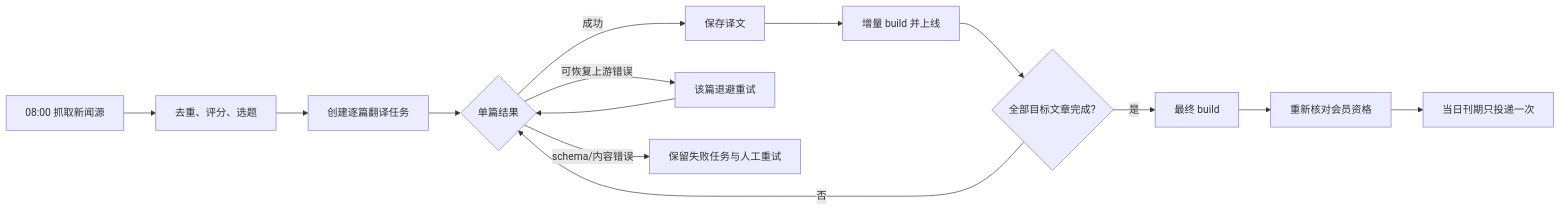
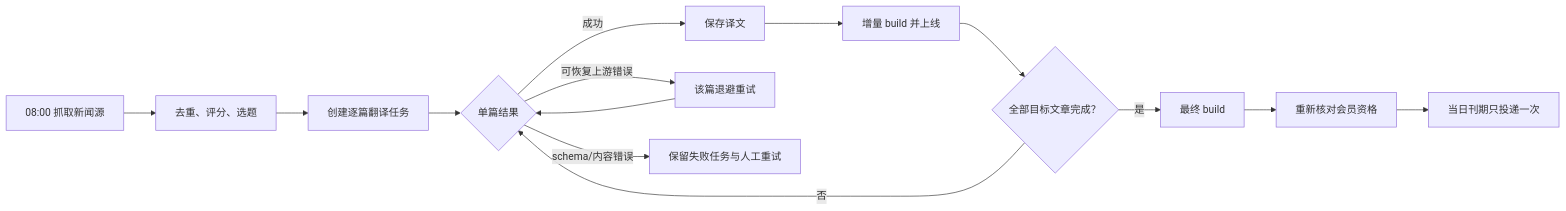
The diagram in README.md (Yi-Lings/news-digest), drawn with Mermaid before and after one commit.

Commit message:
docs: make pipeline diagram GitHub-compatible

````diff
--- a/README.md
+++ b/README.md
@@ -69,16 +69,16 @@
 ```mermaid
 flowchart LR
-    A[08:00 抓取新闻源] --> B[去重、评分、选题]
-    B --> C[创建逐篇翻译任务]
-    C --> D{单篇结果}
-    D -->|成功| E[保存译文]
-    E --> F[增量 build 并上线]
-    D -->|可恢复上游错误| G[该篇退避重试]
+    A["08:00 抓取新闻源"] --> B["去重、评分、选题"]
+    B --> C["创建逐篇翻译任务"]
+    C --> D{"单篇结果"}
+    D -->|成功| E["保存译文"]
+    E --> F["增量 build 并上线"]
+    D -->|可恢复上游错误| G["该篇退避重试"]
     G --> D
-    D -->|schema/内容错误| H[保留失败任务与人工重试]
-    F --> I{全部目标文章完成?}
+    D -->|schema/内容错误| H["保留失败任务与人工重试"]
+    F --> I{"全部目标文章完成？"}
     I -->|否| D
-    I -->|是| J[最终 build]
-    J --> K[重新核对会员资格]
-    K --> L[当日刊期只投递一次]
+    I -->|是| J["最终 build"]
+    J --> K["重新核对会员资格"]
+    K --> L["当日刊期只投递一次"]
 ```
````
